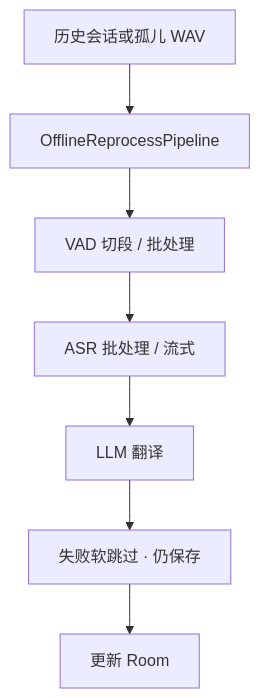
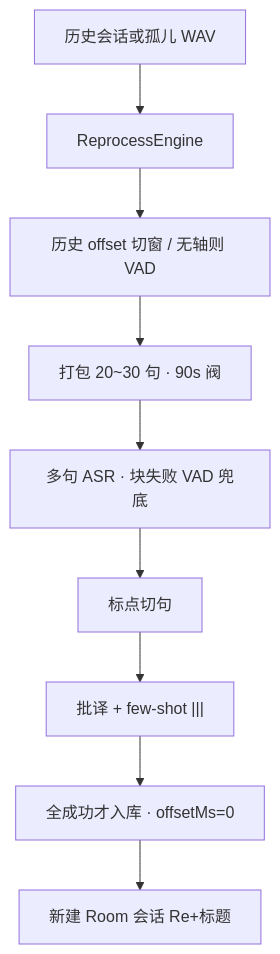
The fourth of 5 diagrams in doc/ARCHITECTURE.zh-CN.md (y12rf/live-caption-translate), drawn with Mermaid before and after one commit. The commit also changed other lines of this file and 28 other files, not shown here.

First line of the commit message:
release: v1.2.1-beta reprocess C-prime engine and multi-select UX

````diff
--- a/doc/ARCHITECTURE.zh-CN.md
+++ b/doc/ARCHITECTURE.zh-CN.md
@@ -145,9 +145,11 @@
 ```mermaid
 flowchart TB
-  H["历史会话或孤儿 WAV"] --> RP["OfflineReprocessPipeline"]
-  RP --> SEG["VAD 切段 / 批处理"]
-  SEG --> ASR["ASR 批处理 / 流式"]
-  ASR --> LLM["LLM 翻译"]
-  LLM --> SAVE["失败软跳过 · 仍保存"]
-  SAVE --> ROOM["更新 Room"]
+  H["历史会话或孤儿 WAV"] --> RP["ReprocessEngine"]
+  RP --> WIN["历史 offset 切窗 / 无轴则 VAD"]
+  WIN --> PACK["打包 20~30 句 · 90s 阀"]
+  PACK --> ASR["多句 ASR · 块失败 VAD 兜底"]
+  ASR --> SPLIT["标点切句"]
+  SPLIT --> LLM["批译 + few-shot |||"]
+  LLM --> SAVE["全成功才入库 · offsetMs=0"]
+  SAVE --> ROOM["新建 Room 会话 Re+标题"]
 ```
````
